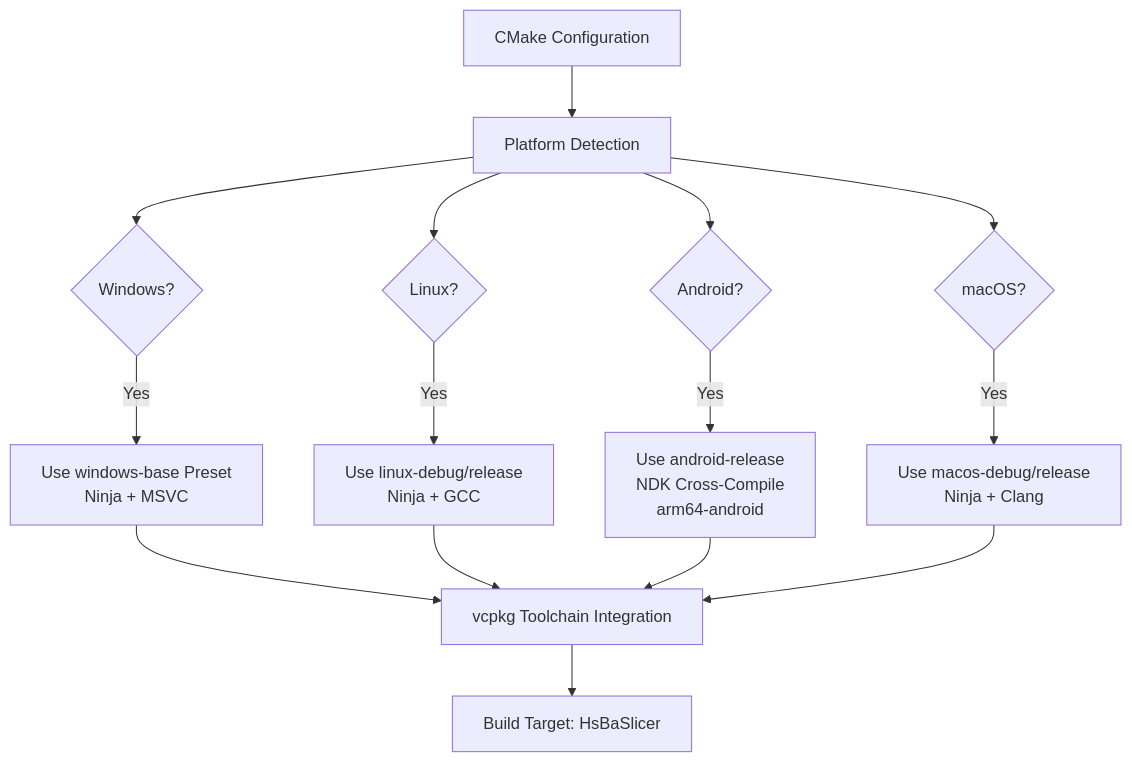
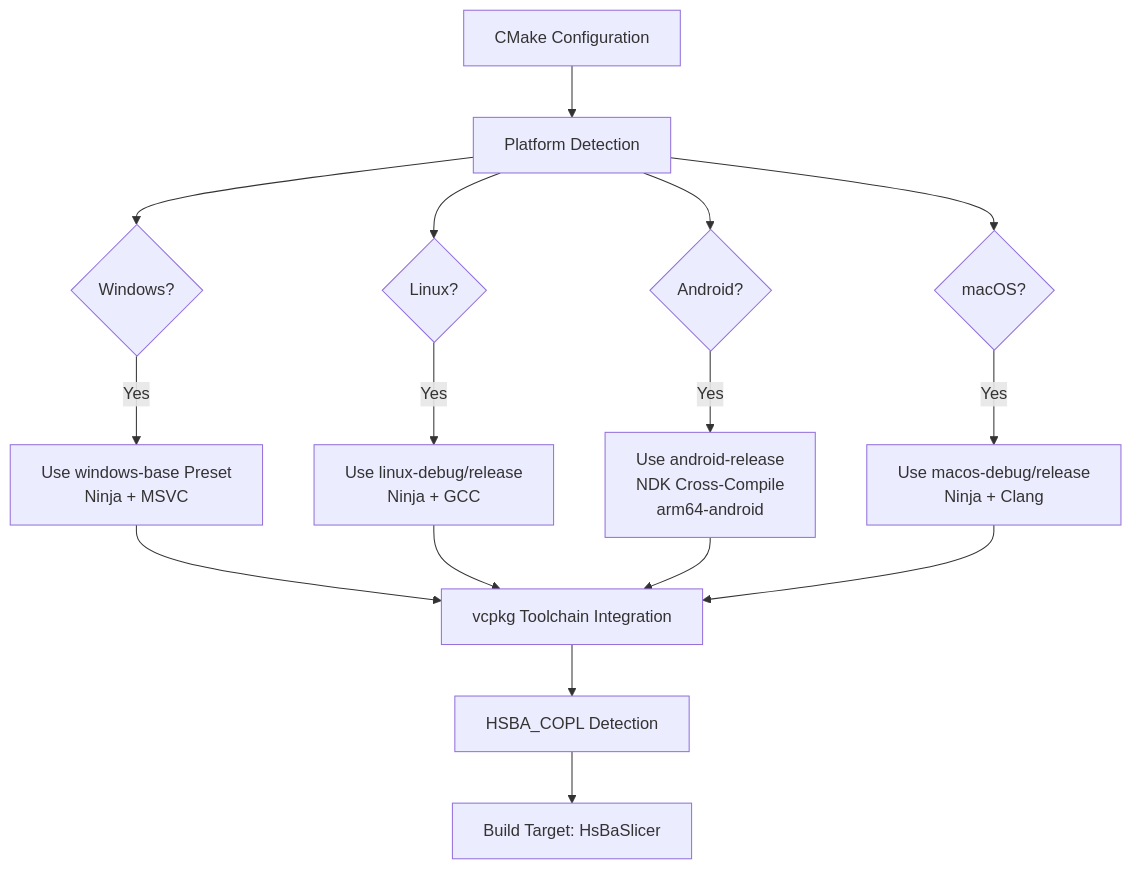
Before and after one commit to hsmbanlance/HsBaSlicer: the first of 4 diagrams in .qoder/repowiki/en/content/Technology Stack & Dependencies.md, drawn with Mermaid. The commit also changed other lines of this file and 11 other files, not shown here.

````diff
--- a/.qoder/repowiki/en/content/Technology Stack & Dependencies.md
+++ b/.qoder/repowiki/en/content/Technology Stack & Dependencies.md
@@ -123,17 +152,18 @@
 ```mermaid
 flowchart TD
 A["CMake Configuration"] --> B["Platform Detection"]
 B --> C{"Windows?"}
 B --> D{"Linux?"}
 B --> E{"Android?"}
 B --> F{"macOS?"}
 C --> |Yes| G["Use windows-base Preset\nNinja + MSVC"]
 D --> |Yes| H["Use linux-debug/release\nNinja + GCC"]
 E --> |Yes| I["Use android-release\nNDK Cross-Compile\narm64-android"]
 F --> |Yes| J["Use macos-debug/release\nNinja + Clang"]
 G --> K["vcpkg Toolchain Integration"]
 H --> K
 I --> K
 J --> K
-K --> L["Build Target: HsBaSlicer"]
+K --> L["HSBA_COPL Detection"]
+L --> M["Build Target: HsBaSlicer"]
 ```
````
